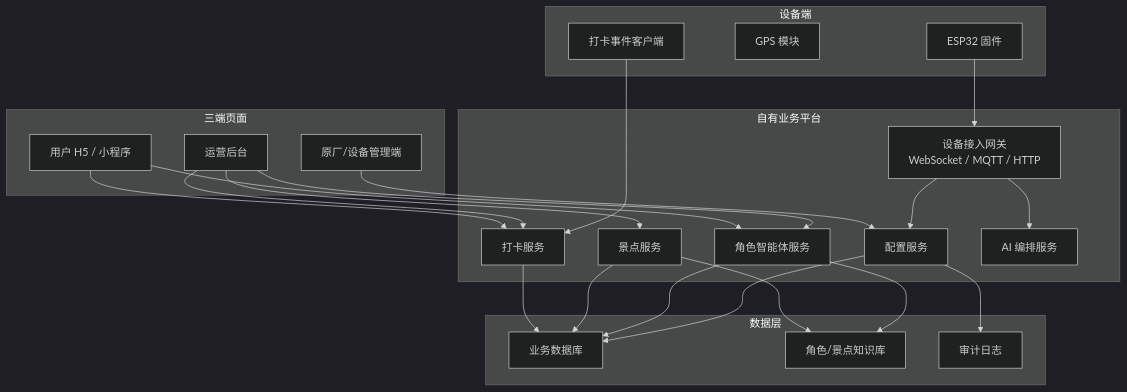
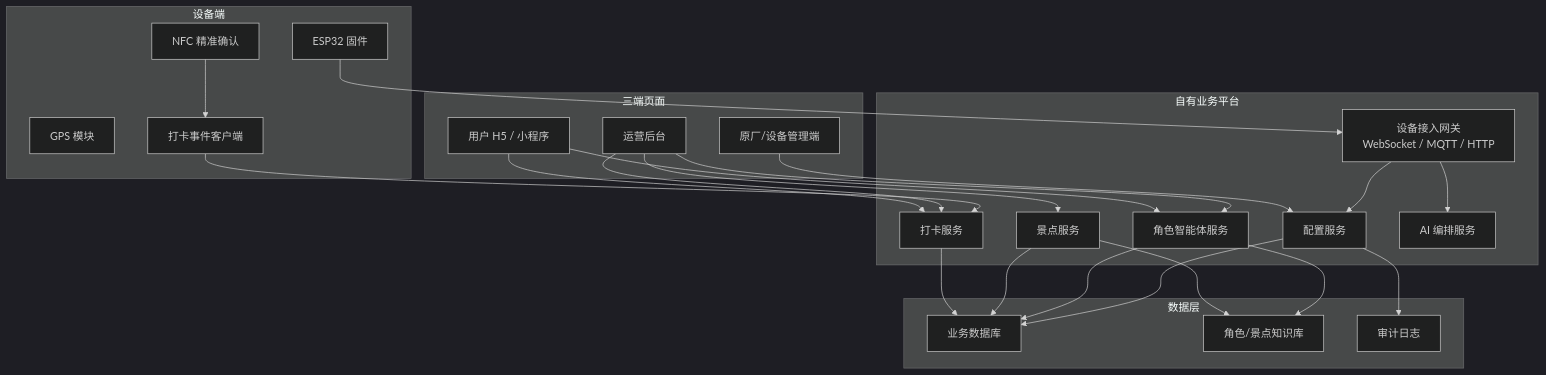
Before and after one commit to zienenen/xiaozhi-esp32: the fifth of 8 diagrams in docs/phase1_phase2_architecture_plan.md, drawn with Mermaid (dark theme). The commit also changed other lines of this file and 10 other files, not shown here.

````diff
--- a/docs/phase1_phase2_architecture_plan.md
+++ b/docs/phase1_phase2_architecture_plan.md
@@ -263,47 +465,49 @@
 ```mermaid
 flowchart TD
   subgraph Device["设备端"]
     Esp["ESP32 固件"]
     Gps["GPS 模块"]
+    Nfc["NFC 精准确认"]
     CheckinClient["打卡事件客户端"]
   end
 
   subgraph Backend["自有业务平台"]
     Gateway["设备接入网关<br/>WebSocket / MQTT / HTTP"]
     ConfigSvc["配置服务"]
     AgentSvc["角色智能体服务"]
     SpotSvc["景点服务"]
     CheckinSvc["打卡服务"]
     AiOrchestrator["AI 编排服务"]
   end
 
   subgraph Web["三端页面"]
     Admin["运营后台"]
     Factory["原厂/设备管理端"]
     UserH5["用户 H5 / 小程序"]
   end
 
   subgraph Data["数据层"]
     Db["业务数据库"]
     Kb["角色/景点知识库"]
     Audit["审计日志"]
   end
 
   Esp --> Gateway
+  Nfc --> CheckinClient
   CheckinClient --> CheckinSvc
   Gateway --> ConfigSvc
   Gateway --> AiOrchestrator
   Admin --> AgentSvc
   Admin --> SpotSvc
   Admin --> CheckinSvc
   Factory --> ConfigSvc
   UserH5 --> CheckinSvc
   UserH5 --> AgentSvc
   ConfigSvc --> Db
   AgentSvc --> Db
   SpotSvc --> Db
   CheckinSvc --> Db
   AgentSvc --> Kb
   SpotSvc --> Kb
   ConfigSvc --> Audit
 ```
````
